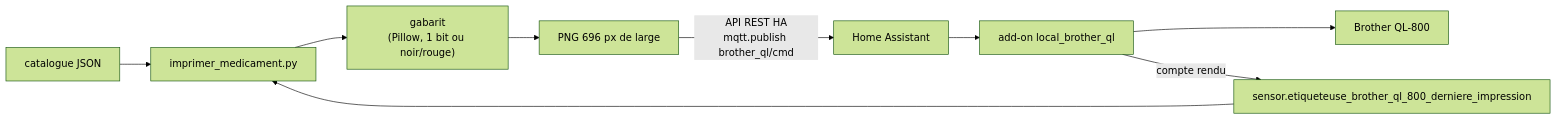
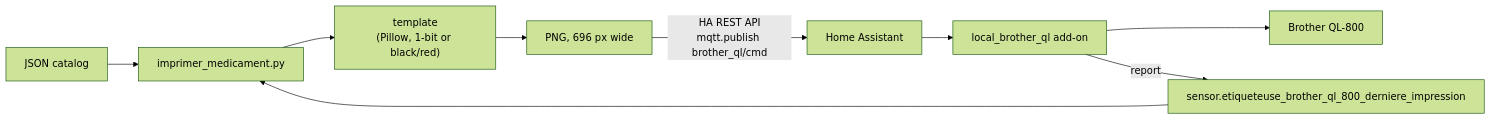
One commit to Nico-1337/brother-ql800 changed the diagram in README.md. Above: the diagram before and after it, drawn with Mermaid (forest theme). The commit also changed other lines of this file and 2 other files, not shown here.

````diff
--- a/README.md
+++ b/README.md
@@ -33,11 +36,11 @@
 ```mermaid
 flowchart LR
-  A["catalogue JSON"] --> B["imprimer_medicament.py"]
-  B --> C["gabarit<br/>(Pillow, 1 bit ou noir/rouge)"]
-  C --> D["PNG 696 px de large"]
-  D -->|"API REST HA<br/>mqtt.publish brother_ql/cmd"| E["Home Assistant"]
-  E --> F["add-on local_brother_ql"]
+  A["JSON catalog"] --> B["imprimer_medicament.py"]
+  B --> C["template<br/>(Pillow, 1-bit or black/red)"]
+  C --> D["PNG, 696 px wide"]
+  D -->|"HA REST API<br/>mqtt.publish brother_ql/cmd"| E["Home Assistant"]
+  E --> F["local_brother_ql add-on"]
   F --> G["Brother QL-800"]
-  F -->|"compte rendu"| H["sensor.etiqueteuse_brother_ql_800_derniere_impression"]
+  F -->|"report"| H["sensor.etiqueteuse_brother_ql_800_derniere_impression"]
   H --> B
 ```
````
